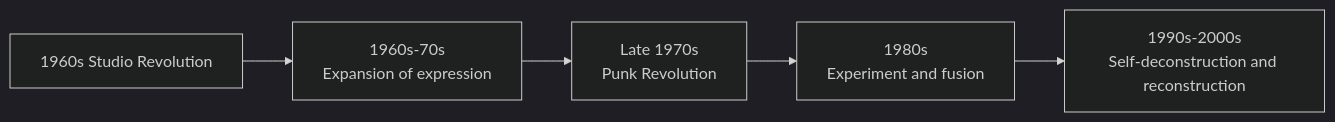
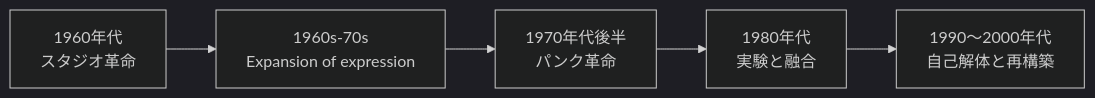
One commit to monumental-movement/monumental-movement.github.io changed the first of 20 diagrams in en/_posts/2026-07-02-column-influential-album-05.md. Above: the diagram before and after it, drawn with Mermaid (dark theme). The commit also changed other lines of this file and 2196 other files, not shown here.

```diff
--- a/en/_posts/2026-07-02-column-influential-album-05.md
+++ b/en/_posts/2026-07-02-column-influential-album-05.md
@@ -59,11 +59,11 @@
 <div class="mermaid">
 flowchart LR
-A["1960s Studio Revolution"]
+A["1960年代<br/>スタジオ革命"]
 B["1960s-70s<br/>Expansion of expression"]
-C["Late 1970s<br/>Punk Revolution"]
-D["1980s<br/>Experiment and fusion"]
-E["1990s-2000s<br/>Self-deconstruction and reconstruction"]
+C["1970年代後半<br/>パンク革命"]
+D["1980年代<br/>実験と融合"]
+E["1990〜2000年代<br/>自己解体と再構築"]
 
 A --> B --> C --> D --> E
 
 </div>
```
